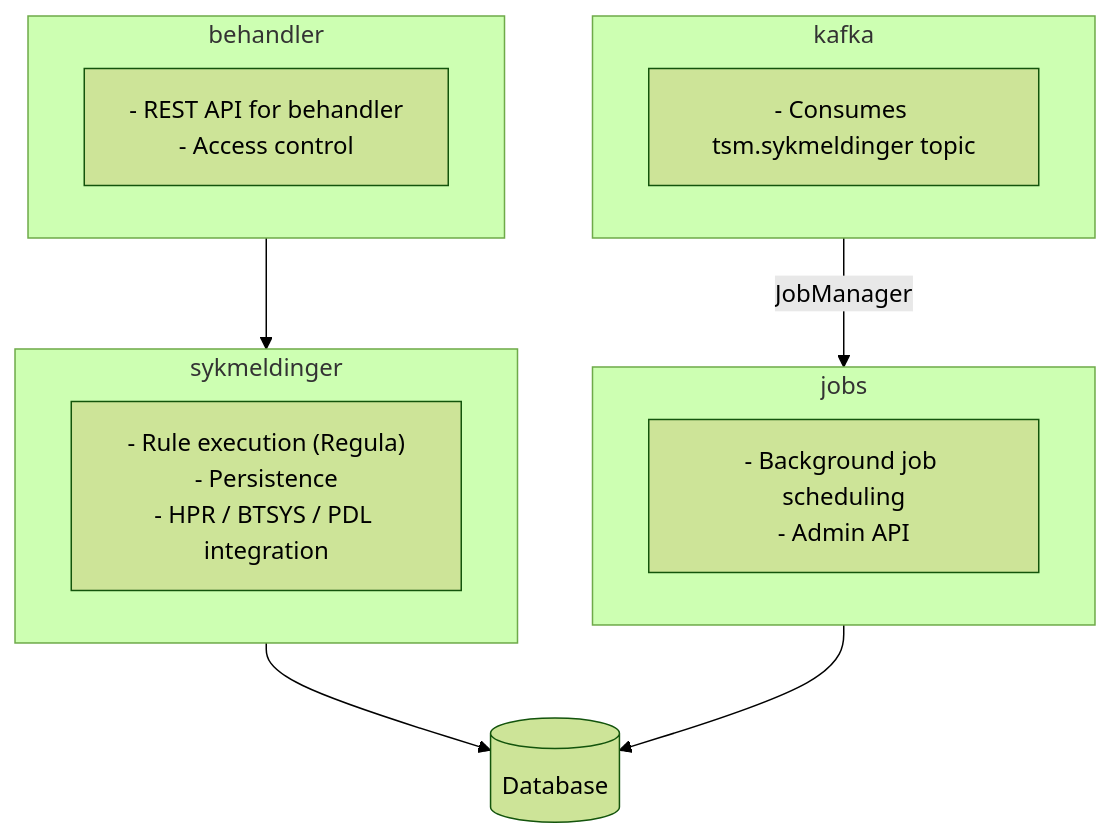
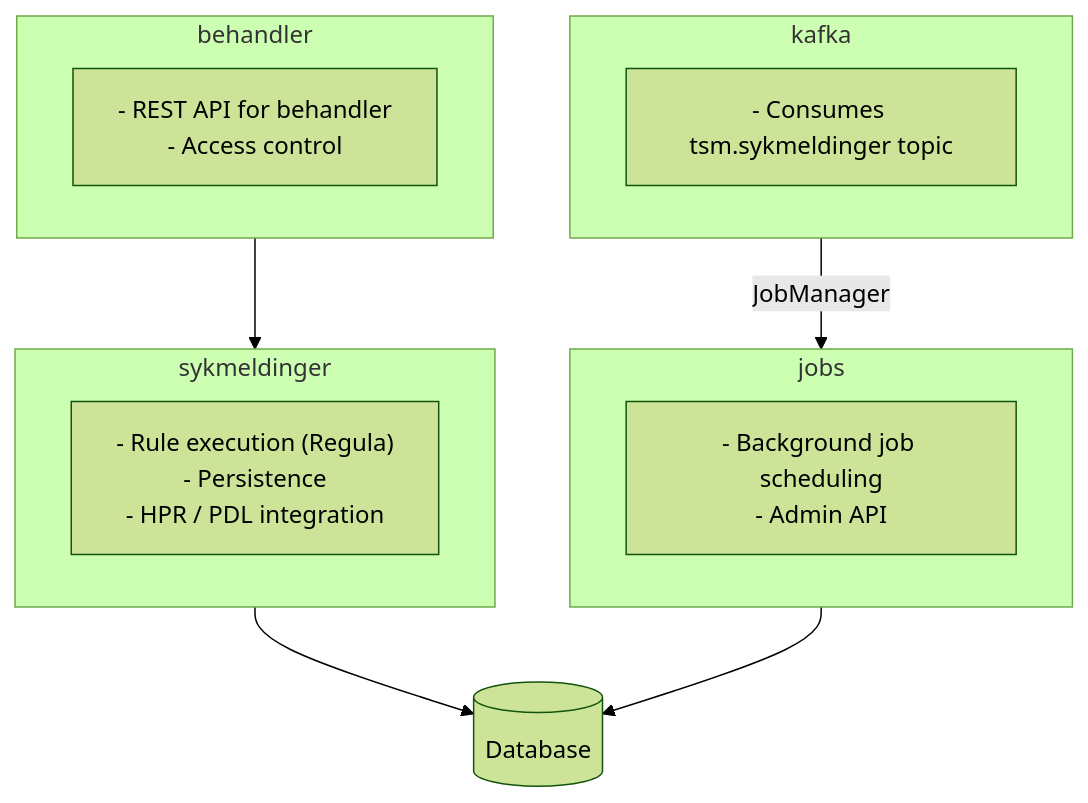
The diagram in README.md (navikt/syk-inn-api), drawn with Mermaid (forest theme) before and after one commit. The commit also changed 3 other files, not shown here.

````diff
--- a/README.md
+++ b/README.md
@@ -28,24 +28,24 @@
 ```mermaid
 graph TD
     subgraph behandler
         B["- REST API for behandler\n- Access control"]
     end
 
     subgraph sykmeldinger
-        S["- Rule execution (Regula)\n- Persistence\n- HPR / BTSYS / PDL integration"]
+        S["- Rule execution (Regula)\n- Persistence\n- HPR /  PDL integration"]
     end
 
     subgraph kafka
         K["- Consumes tsm.sykmeldinger topic"]
     end
 
     subgraph jobs
         J["- Background job scheduling\n- Admin API"]
     end
 
     DB[("Database")]
     behandler --> sykmeldinger
     kafka -- " JobManager " --> jobs
     sykmeldinger --> DB
     jobs --> DB
 ```
````
